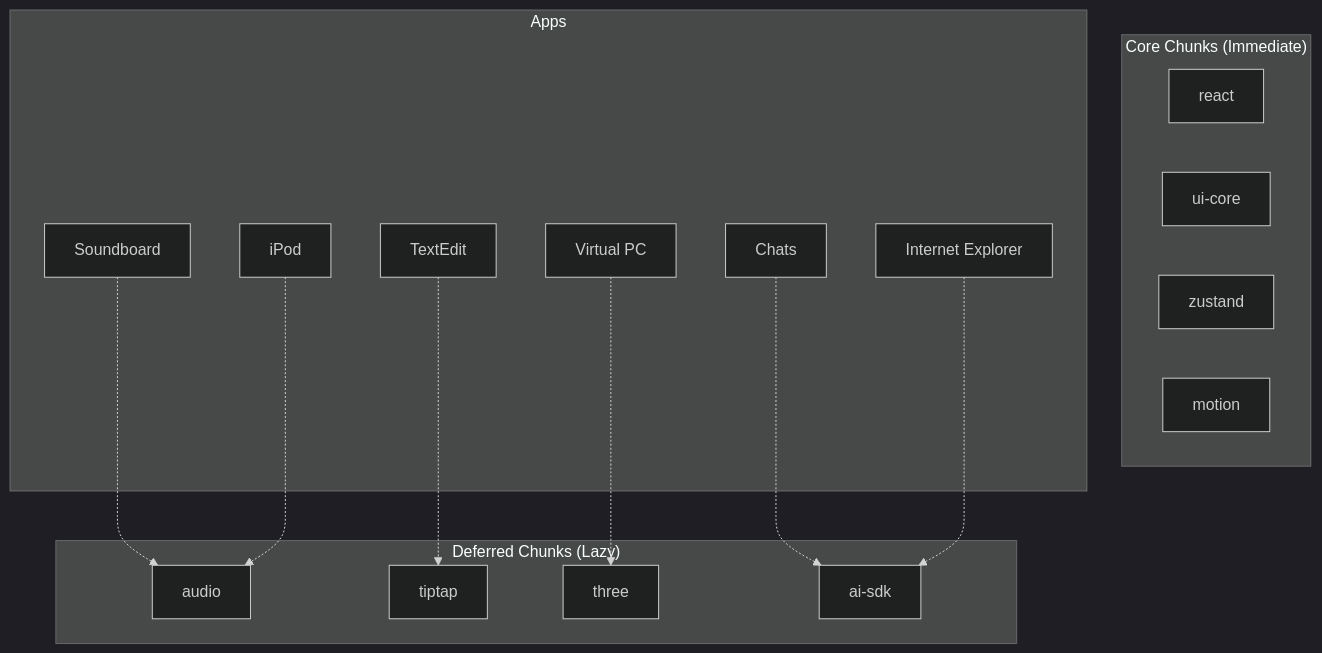
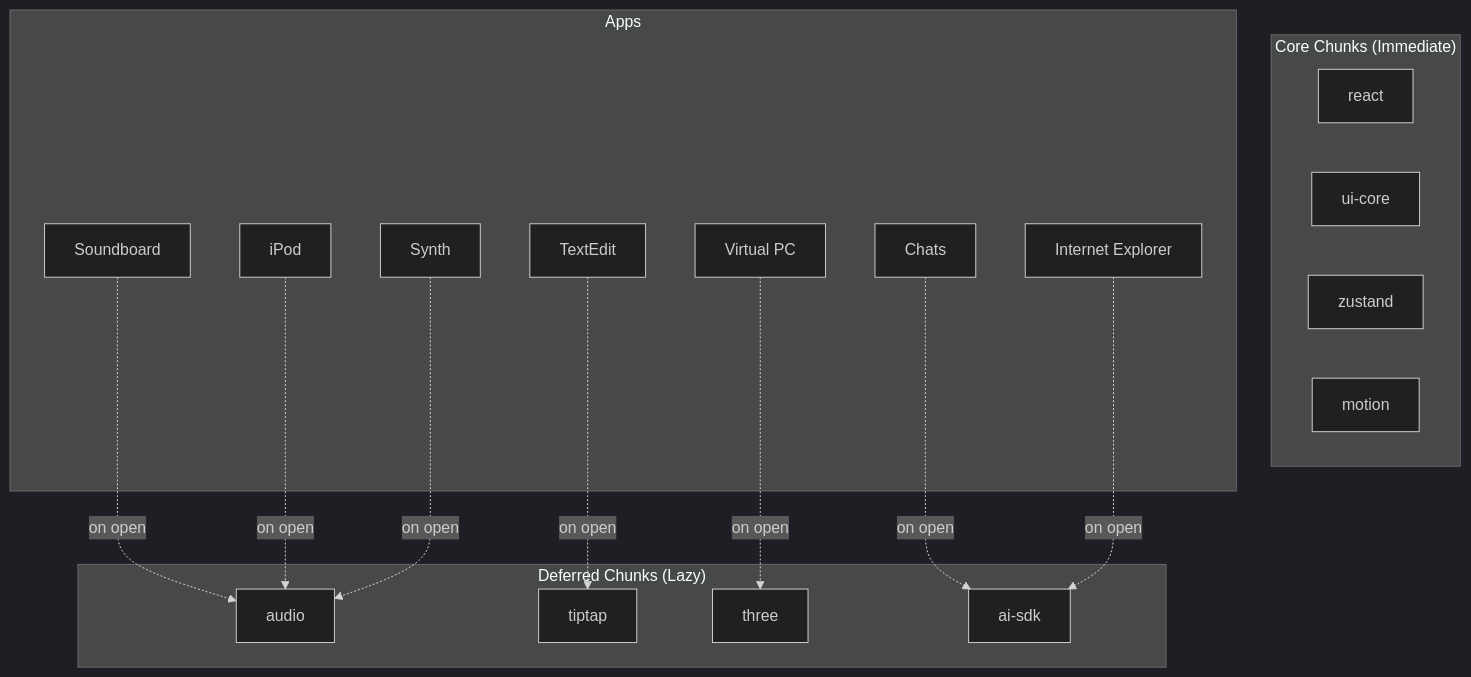
One commit to ryokun6/ryos changed the third of 6 diagrams in docs/1.1-architecture.md. Above: the diagram before and after it, drawn with Mermaid (dark theme). The commit also changed other lines of this file and 48 other files, not shown here.

First line of the commit message:
Extend architecture documentation with comprehensive coverage

````diff
--- a/docs/1.1-architecture.md
+++ b/docs/1.1-architecture.md
@@ -56,32 +114,34 @@
 ```mermaid
 graph TD
     subgraph Core["Core Chunks (Immediate)"]
         R[react]
         UI[ui-core]
         Z[zustand]
         M[motion]
     end
     
     subgraph Deferred["Deferred Chunks (Lazy)"]
         AU[audio]
         TT[tiptap]
         TH[three]
         AI[ai-sdk]
     end
     
     subgraph Apps
         SB[Soundboard]
         IP[iPod]
+        SY[Synth]
         TE[TextEdit]
         PC[Virtual PC]
         CH[Chats]
         IE[Internet Explorer]
     end
     
-    SB -.-> AU
-    IP -.-> AU
-    TE -.-> TT
-    PC -.-> TH
-    CH -.-> AI
-    IE -.-> AI
+    SB -.->|"on open"| AU
+    IP -.->|"on open"| AU
+    SY -.->|"on open"| AU
+    TE -.->|"on open"| TT
+    PC -.->|"on open"| TH
+    CH -.->|"on open"| AI
+    IE -.->|"on open"| AI
 ```
````
